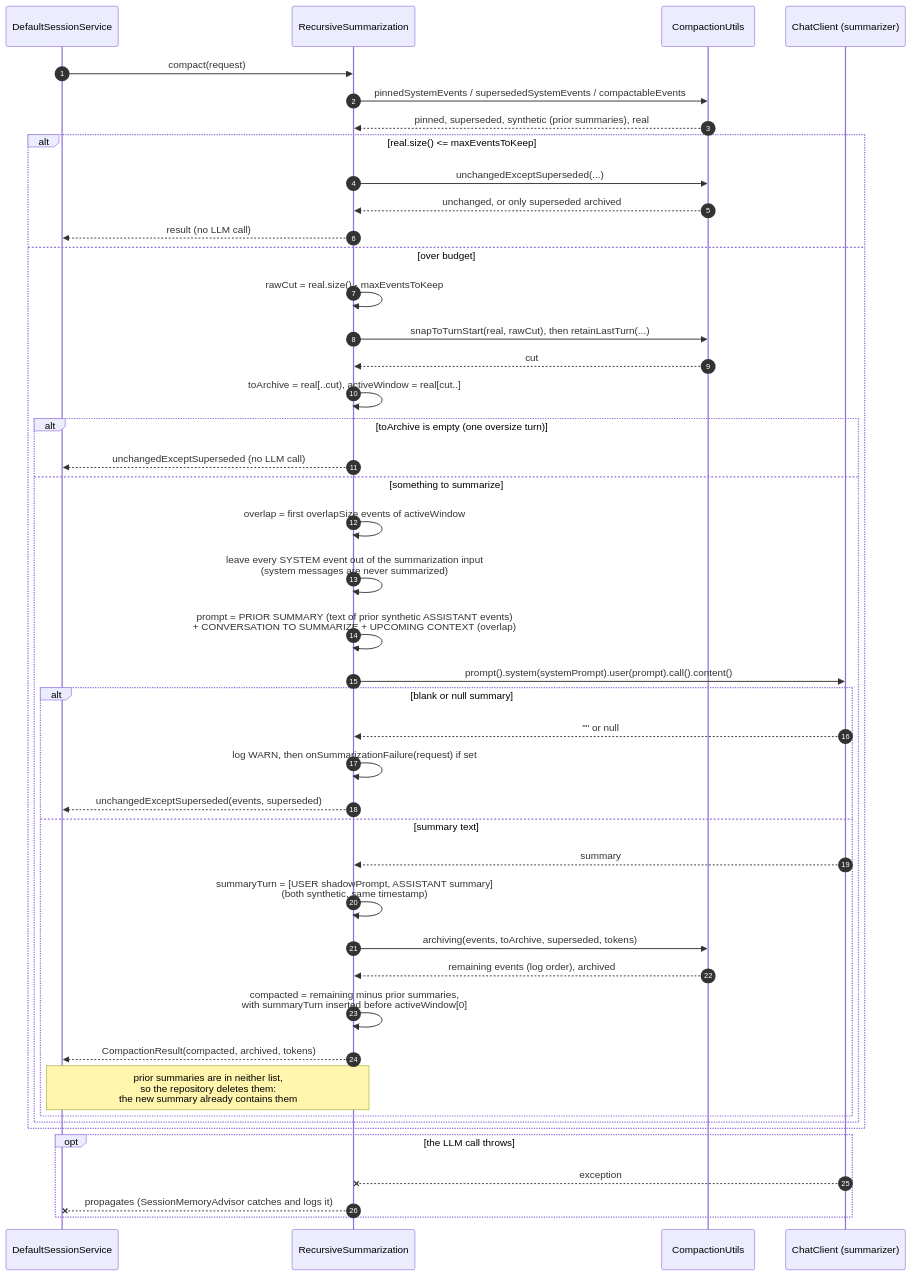
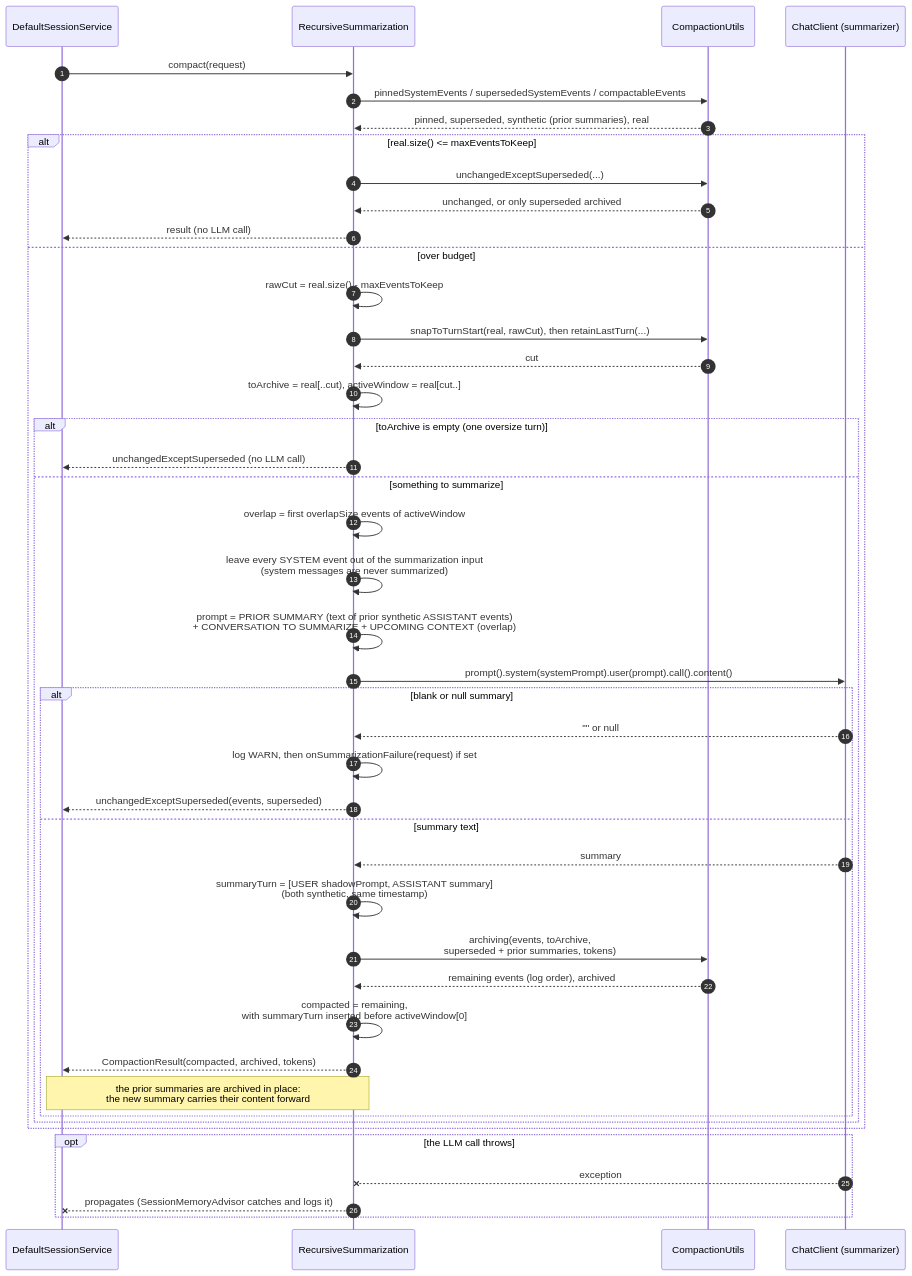
The sixth of 7 diagrams in docs/session-management/compaction-internals.md (spring-ai-community/spring-ai-session), drawn with Mermaid before and after one commit. The commit also changed other lines of this file and 19 other files, not shown here.

First line of the commit message:
Archive replaced summaries instead of deleting them

````diff
--- a/docs/session-management/compaction-internals.md
+++ b/docs/session-management/compaction-internals.md
@@ -315,47 +313,47 @@
 ```mermaid
 sequenceDiagram
     autonumber
     participant Caller as DefaultSessionService
     participant R as RecursiveSummarization
     participant U as CompactionUtils
     participant LLM as ChatClient (summarizer)
 
     Caller->>R: compact(request)
     R->>U: pinnedSystemEvents / supersededSystemEvents / compactableEvents
     U-->>R: pinned, superseded, synthetic (prior summaries), real
     alt real.size() <= maxEventsToKeep
         R->>U: unchangedExceptSuperseded(...)
         U-->>R: unchanged, or only superseded archived
         R-->>Caller: result (no LLM call)
     else over budget
         R->>R: rawCut = real.size() - maxEventsToKeep
         R->>U: snapToTurnStart(real, rawCut), then retainLastTurn(...)
         U-->>R: cut
         R->>R: toArchive = real[..cut), activeWindow = real[cut..]
         alt toArchive is empty (one oversize turn)
             R-->>Caller: unchangedExceptSuperseded (no LLM call)
         else something to summarize
             R->>R: overlap = first overlapSize events of activeWindow
             R->>R: leave every SYSTEM event out of the summarization input<br/>(system messages are never summarized)
             R->>R: prompt = PRIOR SUMMARY (text of prior synthetic ASSISTANT events)<br/>+ CONVERSATION TO SUMMARIZE + UPCOMING CONTEXT (overlap)
             R->>LLM: prompt().system(systemPrompt).user(prompt).call().content()
             alt blank or null summary
                 LLM-->>R: "" or null
                 R->>R: log WARN, then onSummarizationFailure(request) if set
                 R-->>Caller: unchangedExceptSuperseded(events, superseded)
             else summary text
                 LLM-->>R: summary
                 R->>R: summaryTurn = [USER shadowPrompt, ASSISTANT summary]<br/>(both synthetic, same timestamp)
-                R->>U: archiving(events, toArchive, superseded, tokens)
+                R->>U: archiving(events, toArchive,<br/>superseded + prior summaries, tokens)
                 U-->>R: remaining events (log order), archived
-                R->>R: compacted = remaining minus prior summaries,<br/>with summaryTurn inserted before activeWindow[0]
+                R->>R: compacted = remaining,<br/>with summaryTurn inserted before activeWindow[0]
                 R-->>Caller: CompactionResult(compacted, archived, tokens)
-                Note over R,Caller: prior summaries are in neither list,<br/>so the repository deletes them:<br/>the new summary already contains them
+                Note over R,Caller: the prior summaries are archived in place:<br/>the new summary carries their content forward
             end
         end
     end
     opt the LLM call throws
         LLM--xR: exception
         R--xCaller: propagates (SessionMemoryAdvisor catches and logs it)
     end
 ```
````
